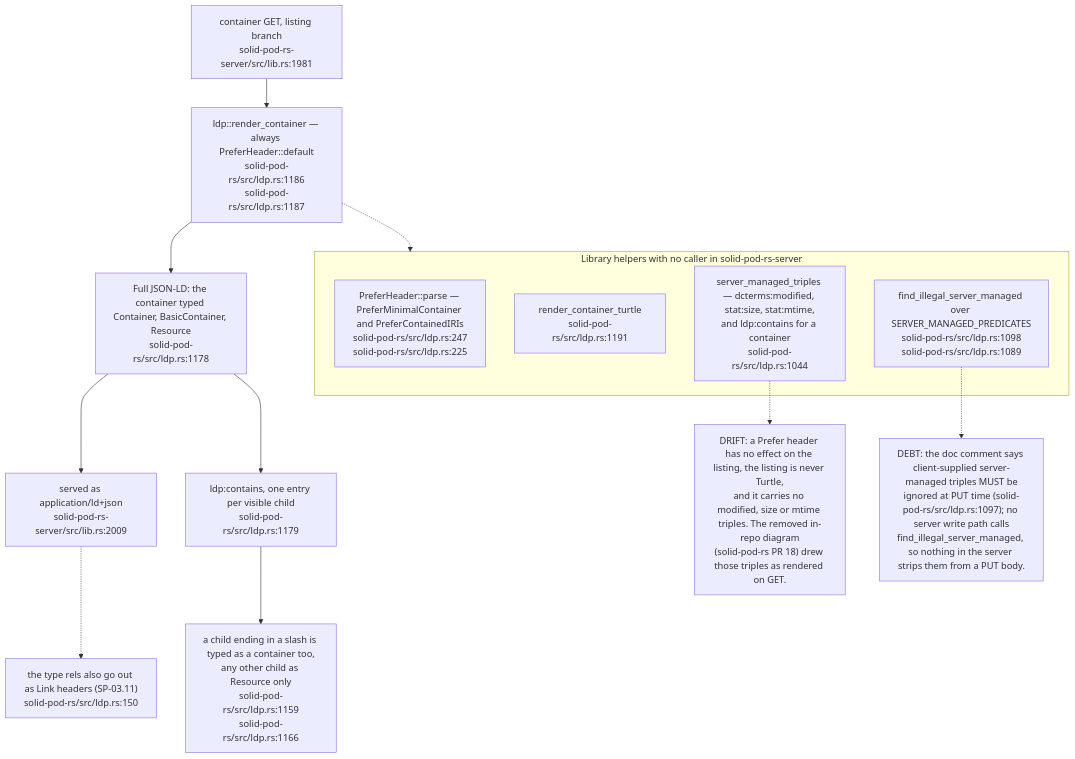
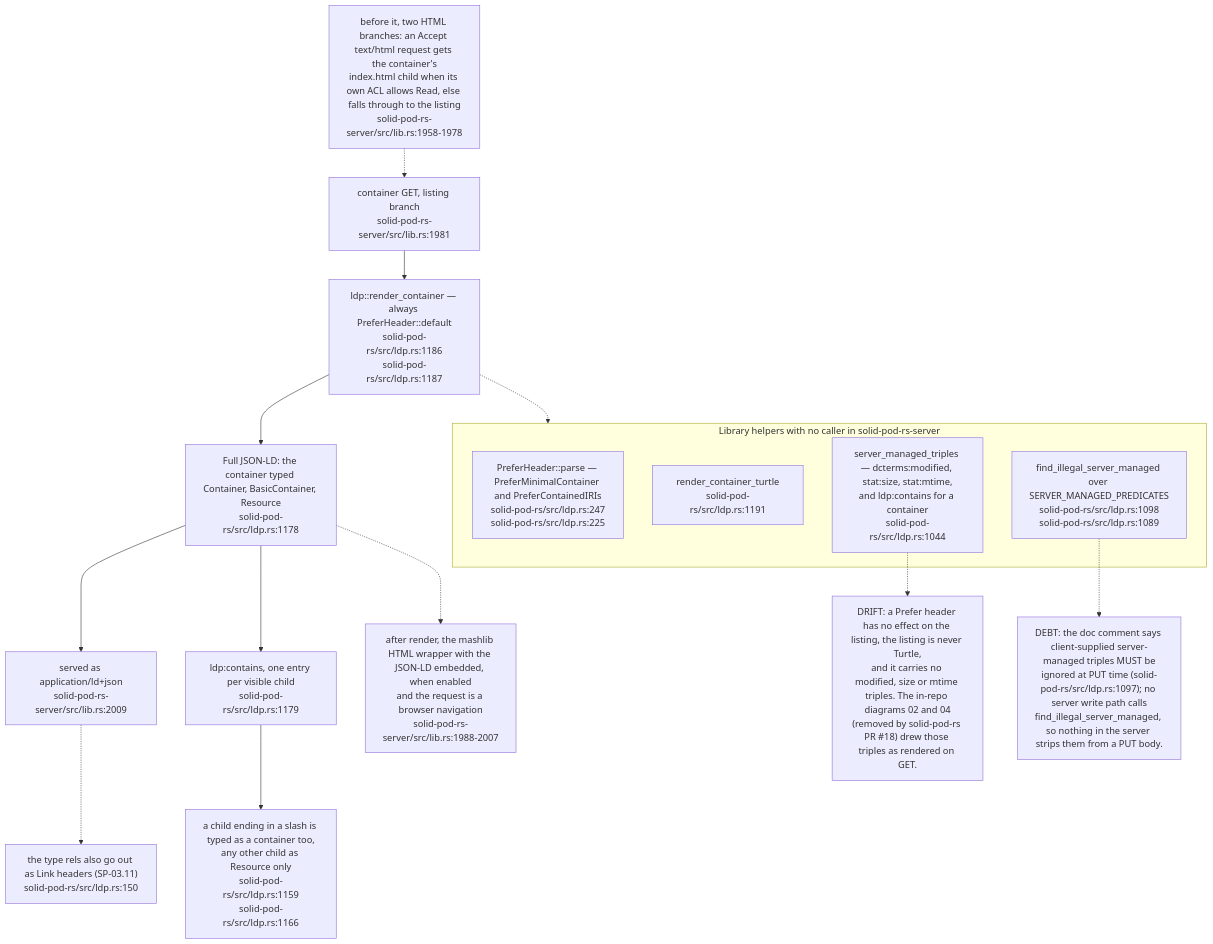
The third of 15 diagrams in docs/diagrams/solid-pod-rs/03-ldp-request-lifecycle.md (DreamLab-AI/VisionFlow), drawn with Mermaid before and after one commit. The commit also changed other lines of this file and 3 other files, not shown here.

First line of the commit message:
diagrams(solid-pod-rs): fix skeptic findings on the solid-pod-rs move

````diff
--- a/docs/diagrams/solid-pod-rs/03-ldp-request-lifecycle.md
+++ b/docs/diagrams/solid-pod-rs/03-ldp-request-lifecycle.md
@@ -94,27 +94,31 @@
 ```mermaid
 flowchart TD
     GET["container GET, listing branch<br/>solid-pod-rs-server/src/lib.rs:1981"]
     RC["ldp::render_container — always PreferHeader::default<br/>solid-pod-rs/src/ldp.rs:1186<br/>solid-pod-rs/src/ldp.rs:1187"]
     FULL["Full JSON-LD: the container typed Container, BasicContainer, Resource<br/>solid-pod-rs/src/ldp.rs:1178"]
     MEM["ldp:contains, one entry per visible child<br/>solid-pod-rs/src/ldp.rs:1179"]
     TYP["a child ending in a slash is typed as a container too,<br/>any other child as Resource only<br/>solid-pod-rs/src/ldp.rs:1159<br/>solid-pod-rs/src/ldp.rs:1166"]
     OUT["served as application/ld+json<br/>solid-pod-rs-server/src/lib.rs:2009"]
+    HTML["before it, two HTML branches: an Accept text/html request gets the container's<br/>index.html child when its own ACL allows Read, else falls through to the listing<br/>solid-pod-rs-server/src/lib.rs:1958-1978"]
+    MASH["after render, the mashlib HTML wrapper with the JSON-LD embedded, when enabled<br/>and the request is a browser navigation<br/>solid-pod-rs-server/src/lib.rs:1988-2007"]
     LH["the type rels also go out as Link headers (SP-03.11)<br/>solid-pod-rs/src/ldp.rs:150"]
 
+    HTML -.-> GET
     GET --> RC --> FULL --> OUT
+    FULL -.-> MASH
     FULL --> MEM --> TYP
     OUT -.-> LH
 
     subgraph LIB["Library helpers with no caller in solid-pod-rs-server"]
         PREF["PreferHeader::parse — PreferMinimalContainer and PreferContainedIRIs<br/>solid-pod-rs/src/ldp.rs:247<br/>solid-pod-rs/src/ldp.rs:225"]
         TTL["render_container_turtle<br/>solid-pod-rs/src/ldp.rs:1191"]
         SMT["server_managed_triples — dcterms:modified, stat:size, stat:mtime,<br/>and ldp:contains for a container<br/>solid-pod-rs/src/ldp.rs:1044"]
         ILL["find_illegal_server_managed over SERVER_MANAGED_PREDICATES<br/>solid-pod-rs/src/ldp.rs:1098<br/>solid-pod-rs/src/ldp.rs:1089"]
     end
     RC -.-> LIB
 
-    N["DRIFT: a Prefer header has no effect on the listing, the listing is never Turtle,<br/>and it carries no modified, size or mtime triples. The removed in-repo diagram<br/>(solid-pod-rs PR 18) drew those triples as rendered on GET."]
+    N["DRIFT: a Prefer header has no effect on the listing, the listing is never Turtle,<br/>and it carries no modified, size or mtime triples. The in-repo diagrams 02 and 04<br/>(removed by solid-pod-rs PR #18) drew those triples as rendered on GET."]
     SMT -.-> N
     N2["DEBT: the doc comment says client-supplied server-managed triples MUST be<br/>ignored at PUT time (solid-pod-rs/src/ldp.rs:1097); no server write path calls<br/>find_illegal_server_managed, so nothing in the server strips them from a PUT body."]
     ILL -.-> N2
 ```
````
